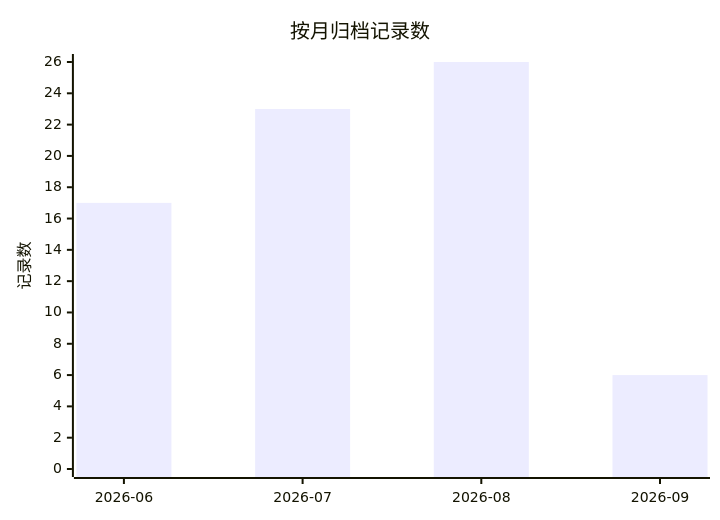
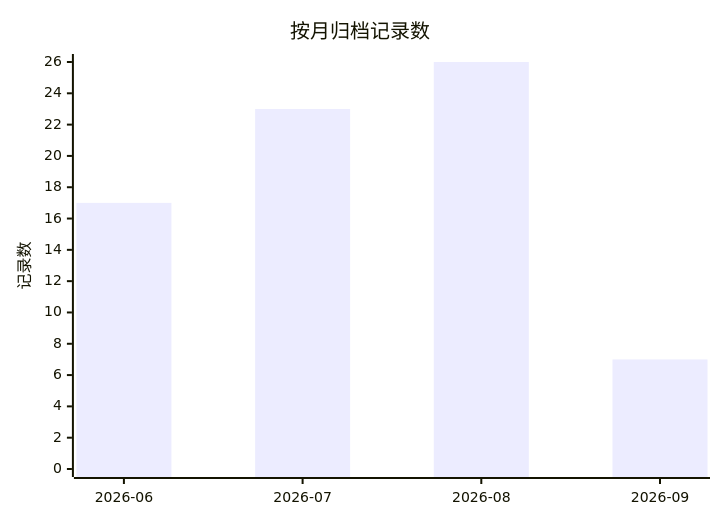
One commit to golddream-y/obsidian-ratel changed the first of 2 diagrams in docs/superpowers/ARCHIVE.md. Above: the diagram before and after it, drawn with Mermaid. The commit also changed other lines of this file and 11 other files, not shown here.

````diff
--- a/docs/superpowers/ARCHIVE.md
+++ b/docs/superpowers/ARCHIVE.md
@@ -14,7 +14,7 @@
 ```mermaid
 xychart-beta
     title "按月归档记录数"
     x-axis ["2026-06", "2026-07", "2026-08", "2026-09"]
     y-axis "记录数" 0 --> 26
-    bar [17, 23, 26, 6]
+    bar [17, 23, 26, 7]
 ```
````
